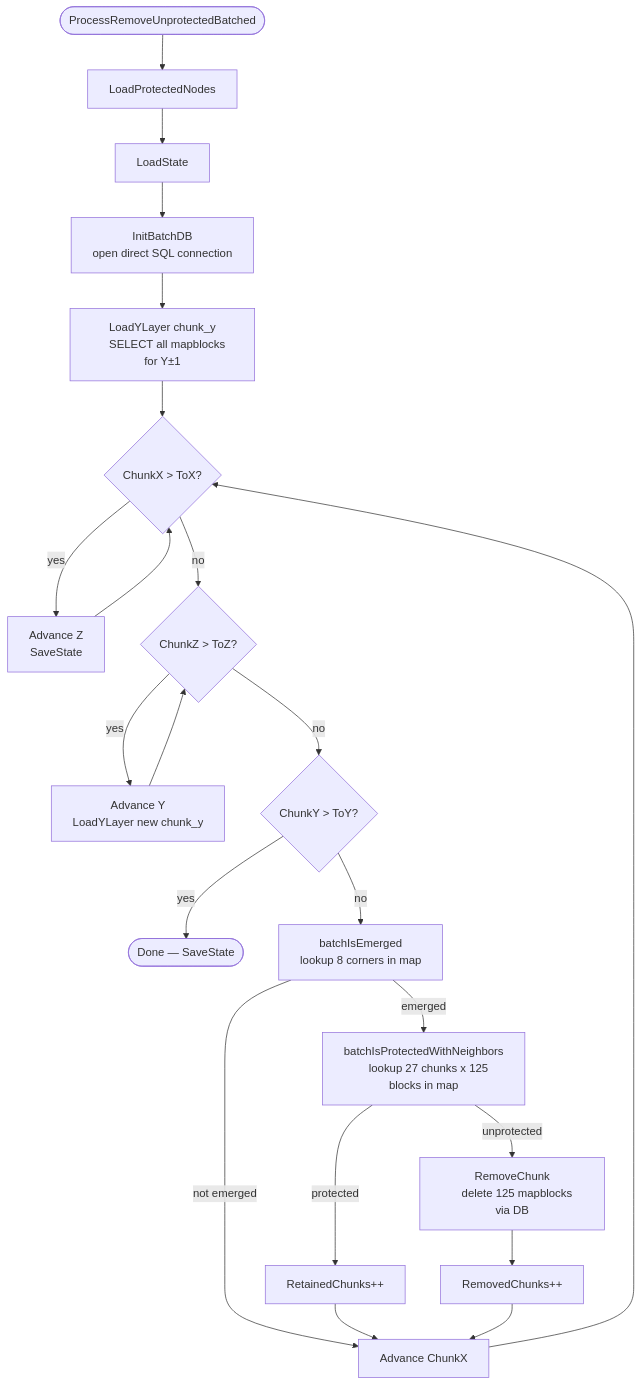
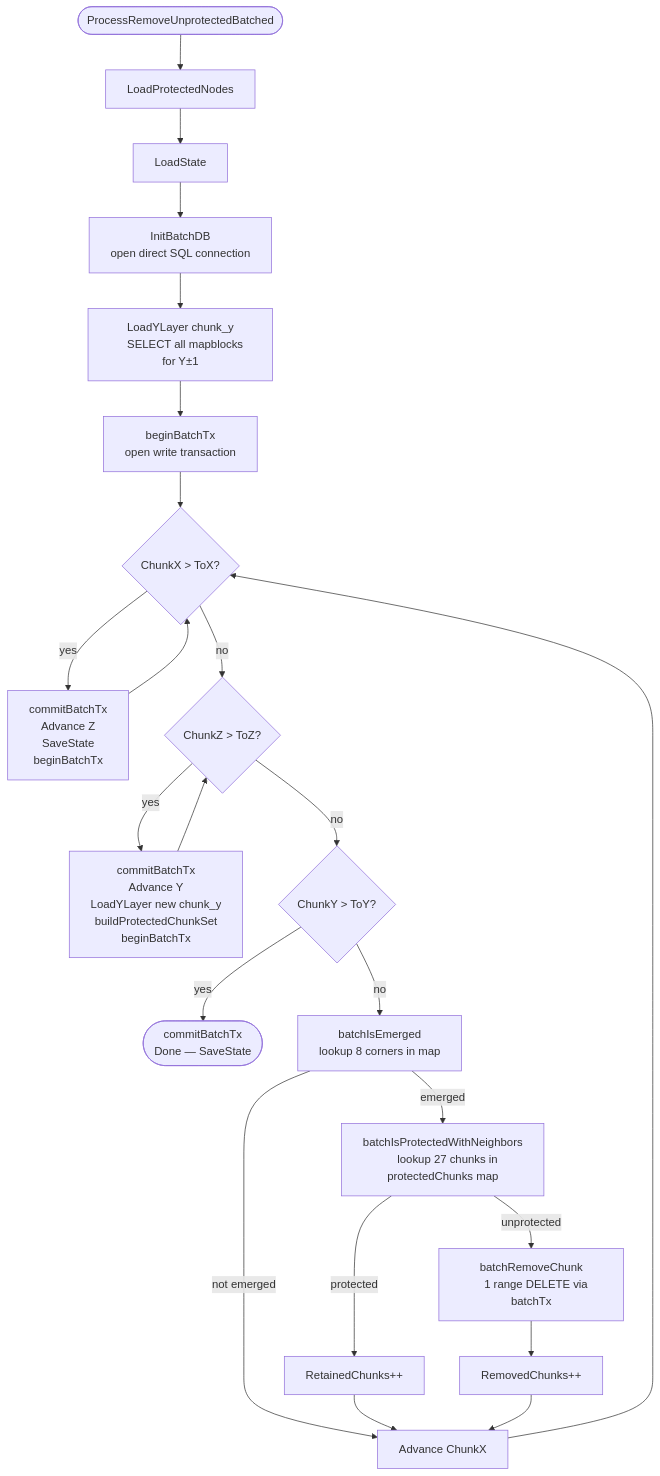
Before and after one commit to minetest-go/mapcleaner: the fourth of 9 diagrams in docs/architecture.md, drawn with Mermaid. The commit also changed other lines of this file and 3 other files, not shown here.

Commit message:
feat: implement transaction batching for unprotected chunk removal in batched mode

````diff
--- a/docs/architecture.md
+++ b/docs/architecture.md
@@ -193,31 +199,39 @@
 ```mermaid
 flowchart TD
     A([ProcessRemoveUnprotectedBatched]) --> B[LoadProtectedNodes]
     B --> C[LoadState]
     C --> D["InitBatchDB
     open direct SQL connection"]
     D --> E["LoadYLayer chunk_y
     SELECT all mapblocks for Y±1"]
-    E --> F{ChunkX > ToX?}
-    F -- yes --> G["Advance Z
-    SaveState"]
+    E --> E2["beginBatchTx
+    open write transaction"]
+    E2 --> F{ChunkX > ToX?}
+    F -- yes --> G["commitBatchTx
+    Advance Z
+    SaveState
+    beginBatchTx"]
     G --> F
     F -- no --> H{ChunkZ > ToZ?}
-    H -- yes --> I["Advance Y
-    LoadYLayer new chunk_y"]
+    H -- yes --> I["commitBatchTx
+    Advance Y
+    LoadYLayer new chunk_y
+    buildProtectedChunkSet
+    beginBatchTx"]
     I --> H
     H -- no --> J{ChunkY > ToY?}
-    J -- yes --> K([Done — SaveState])
+    J -- yes --> K(["commitBatchTx
+    Done — SaveState"])
     J -- no --> L["batchIsEmerged
     lookup 8 corners in map"]
     L -- not emerged --> M[Advance ChunkX]
     M --> F
     L -- emerged --> N["batchIsProtectedWithNeighbors
-    lookup 27 chunks x 125 blocks in map"]
+    lookup 27 chunks in protectedChunks map"]
     N -- protected --> O[RetainedChunks++]
     O --> M
-    N -- unprotected --> P["RemoveChunk
-    delete 125 mapblocks via DB"]
+    N -- unprotected --> P["batchRemoveChunk
+    1 range DELETE via batchTx"]
     P --> Q[RemovedChunks++]
     Q --> M
 ```
````
